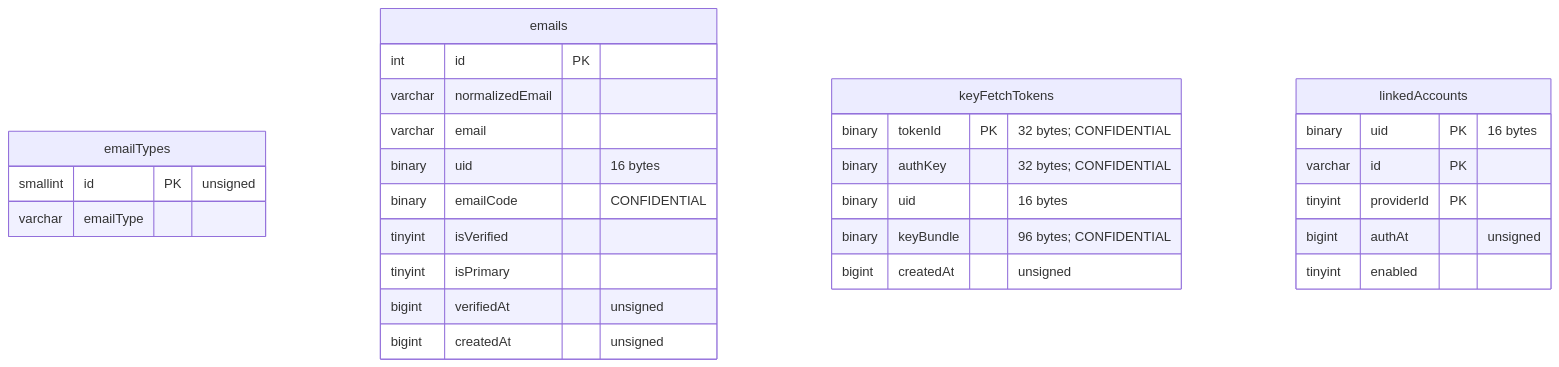
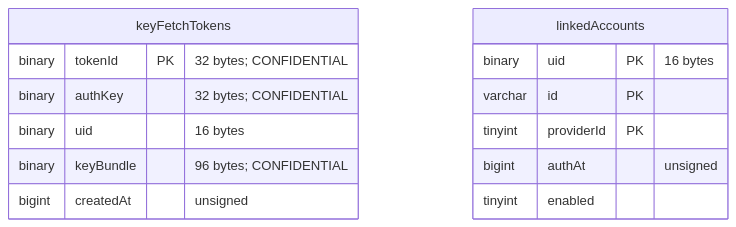
The sixth of 18 diagrams in docs/reference/database-structure.md (mozilla/ecosystem-platform), drawn with Mermaid before and after one commit. The commit also changed other lines of this file, not shown here.

````diff
--- a/docs/reference/database-structure.md
+++ b/docs/reference/database-structure.md
@@ -101,32 +147,17 @@
 ```mermaid
 erDiagram
-    emailTypes {
-        smallint id PK "unsigned"
-        varchar emailType
-    }
-    emails {
-        int id PK
-        varchar normalizedEmail
-        varchar email
-        binary uid "16 bytes"
-        binary emailCode "CONFIDENTIAL"
-        tinyint isVerified
-        tinyint isPrimary
-        bigint verifiedAt "unsigned"
-        bigint createdAt "unsigned"
-    }
     keyFetchTokens {
         binary tokenId PK "32 bytes; CONFIDENTIAL"
         binary authKey "32 bytes; CONFIDENTIAL"
         binary uid "16 bytes"
         binary keyBundle "96 bytes; CONFIDENTIAL"
         bigint createdAt "unsigned"
     }
     linkedAccounts {
         binary uid PK "16 bytes"
         varchar id PK
         tinyint providerId PK
         bigint authAt "unsigned"
         tinyint enabled
     }
 ```
````
